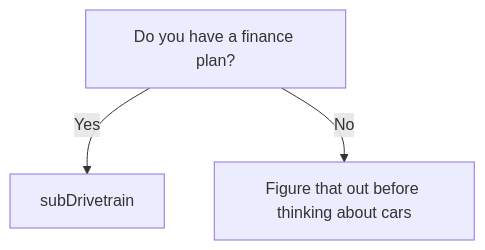
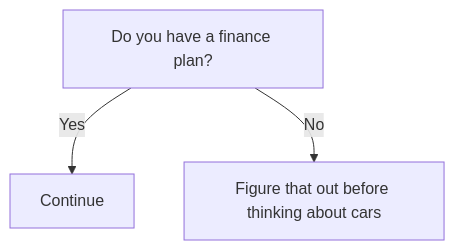
Before and after one commit to jessemillar/to-car-or-not-to-car: the second of 7 diagrams in README.md, drawn with Mermaid.

Commit message:
Fixing a typo

````diff
--- a/README.md
+++ b/README.md
@@ -41,6 +41,6 @@
 ```mermaid
 flowchart TB
 financePlan[Do you have a finance plan?]
-    financePlan-->|Yes| subDrivetrain
+    financePlan-->|Yes| Continue
     financePlan-->|No| noFinancePlan[Figure that out before thinking about cars]
 ```
````
